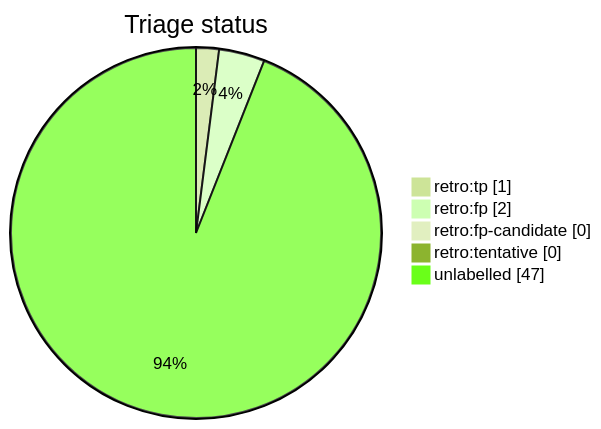
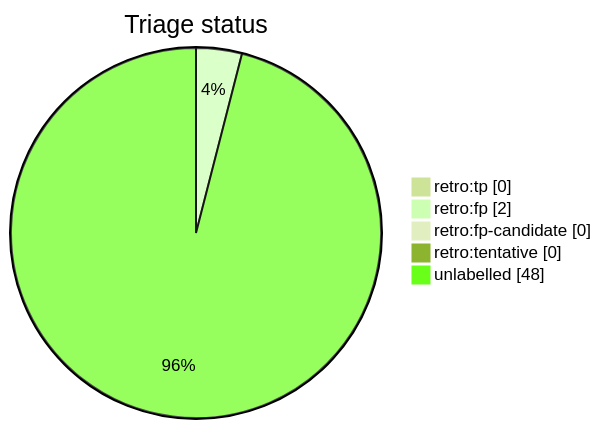
Before and after one commit to tvna/claude-md: the diagram in docs/generated/scripts/auto-retro-triage-report.md, drawn with Mermaid (forest theme). The commit also changed other lines of this file, not shown here.

First line of the commit message:
chore(auto-retro): refresh triage report

````diff
--- a/docs/generated/scripts/auto-retro-triage-report.md
+++ b/docs/generated/scripts/auto-retro-triage-report.md
@@ -15,9 +15,9 @@
 ```mermaid
 pie showData
     title Triage status
-    "retro:tp" : 1
+    "retro:tp" : 0
     "retro:fp" : 2
     "retro:fp-candidate" : 0
     "retro:tentative" : 0
-    "unlabelled" : 47
+    "unlabelled" : 48
 ```
````
